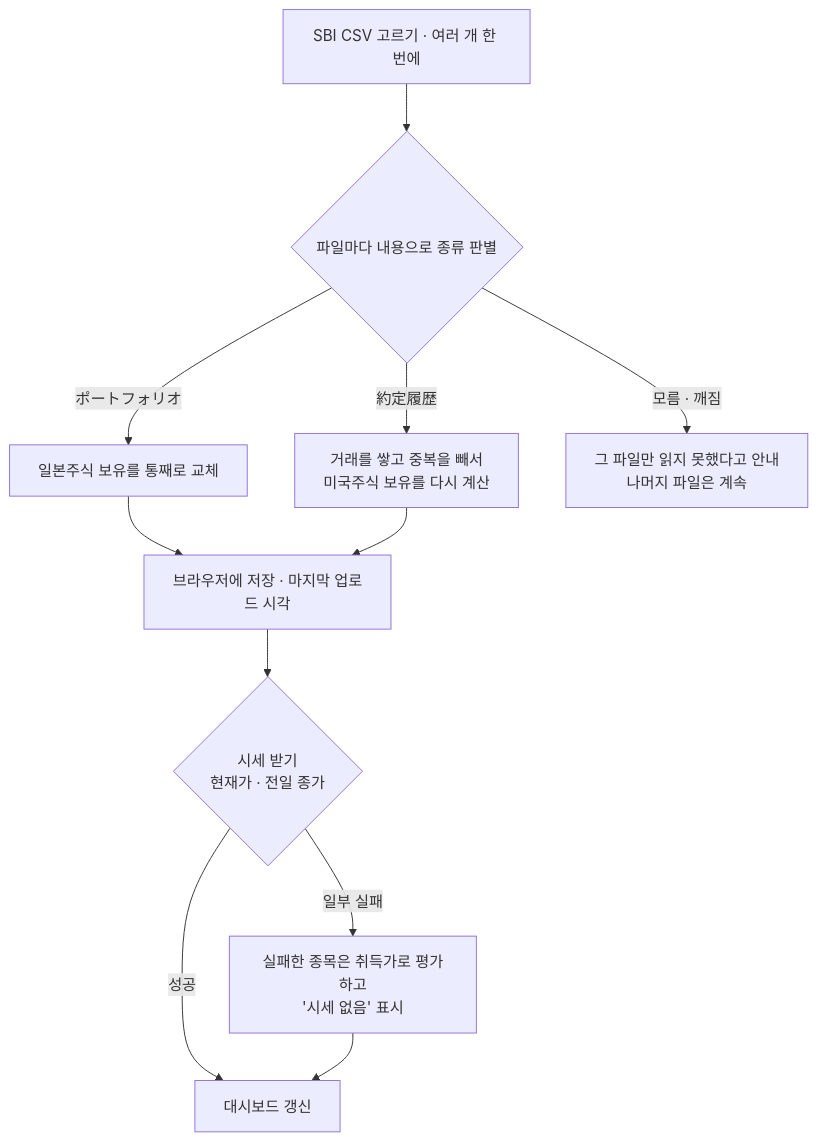
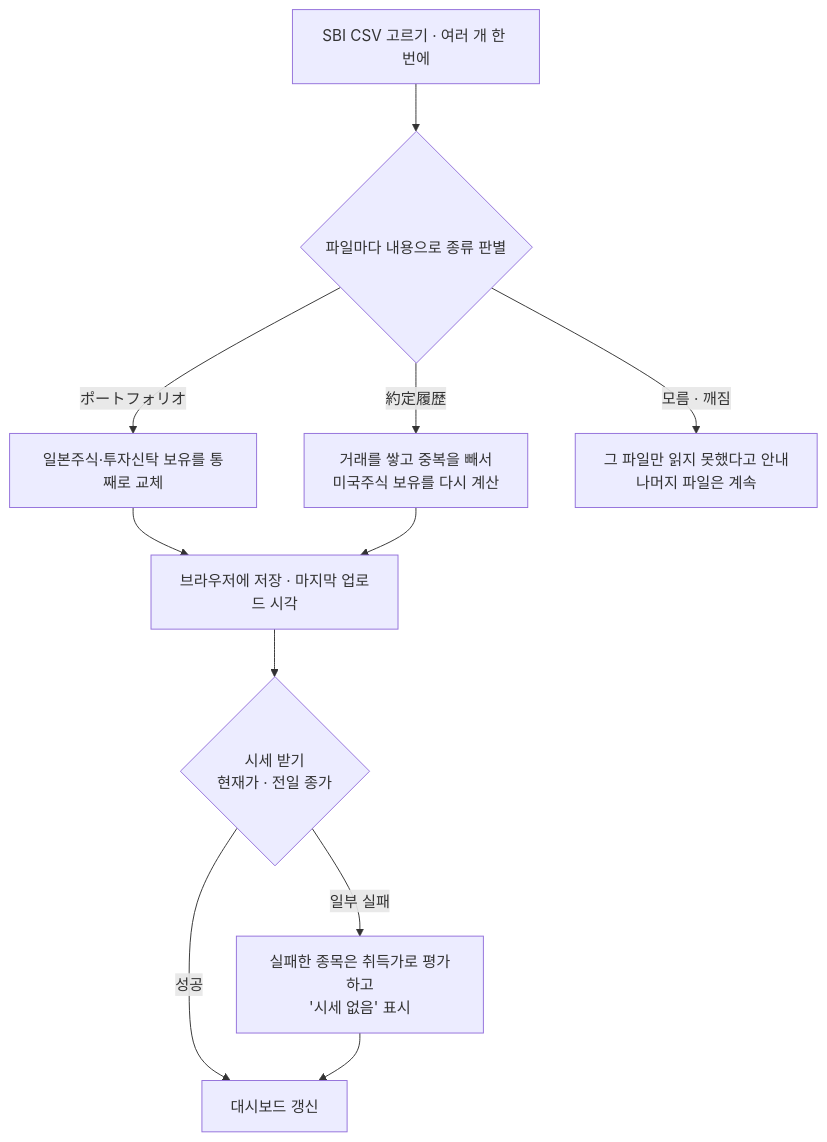
The third of 5 diagrams in docs/PRD.md (padahkim/trizon), drawn with Mermaid before and after one commit. The commit also changed other lines of this file and 4 other files, not shown here.

````diff
--- a/docs/PRD.md
+++ b/docs/PRD.md
@@ -116,13 +118,13 @@
 ```mermaid
 flowchart TD
   pick["SBI CSV 고르기 · 여러 개 한 번에"] --> kind{"파일마다 내용으로 종류 판별"}
-  kind -->|ポートフォリオ| jp["일본주식 보유를 통째로 교체"]
+  kind -->|ポートフォリオ| jp["일본주식·투자신탁 보유를 통째로 교체"]
   kind -->|約定履歴| us["거래를 쌓고 중복을 빼서<br/>미국주식 보유를 다시 계산"]
   kind -->|"모름 · 깨짐"| bad["그 파일만 읽지 못했다고 안내<br/>나머지 파일은 계속"]
   jp --> save["브라우저에 저장 · 마지막 업로드 시각"]
   us --> save
   save --> quote{"시세 받기<br/>현재가 · 전일 종가"}
   quote -->|성공| show["대시보드 갱신"]
   quote -->|일부 실패| miss["실패한 종목은 취득가로 평가하고<br/>'시세 없음' 표시"]
   miss --> show
 ```
````
